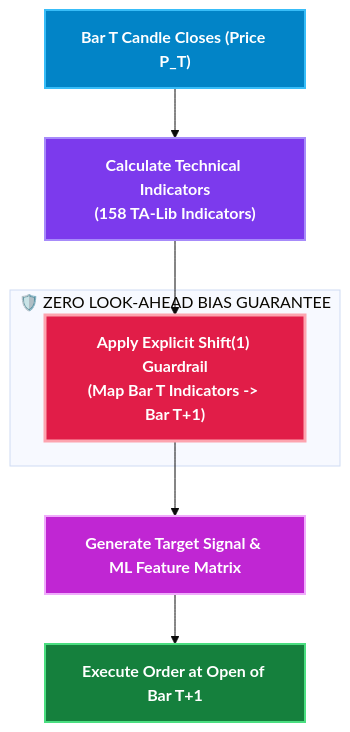
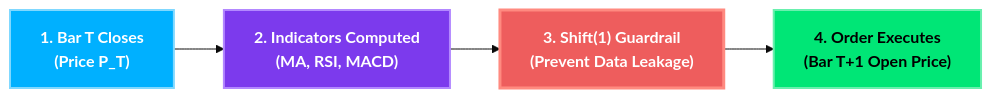
Before and after one commit to 21Afnan/cryptosight: the second of 3 diagrams in README.md, drawn with Mermaid (base theme). The commit also changed other lines of this file, not shown here.

````diff
--- a/README.md
+++ b/README.md
@@ -95,23 +127,16 @@
 ```mermaid
-flowchart TD
-    BarT["Bar T Candle Closes (Price P_T)"] --> Engine["Calculate Technical Indicators\n(158 TA-Lib Indicators)"]
-    Engine --> Guard["Apply Explicit Shift(1) Guardrail\n(Map Bar T Indicators -> Bar T+1)"]
-    Guard --> Signal["Generate Target Signal & ML Feature Matrix"]
-    Signal --> Order["Execute Order at Open of Bar T+1"]
+flowchart LR
+    A["1. Bar T Closes\n(Price P_T)"] --> B["2. Indicators Computed\n(MA, RSI, MACD)"]
+    B --> C["3. Shift(1) Guardrail\n(Prevent Data Leakage)"]
+    C --> D["4. Order Executes\n(Bar T+1 Open Price)"]
 
-    subgraph Protection["🛡️ ZERO LOOK-AHEAD BIAS GUARANTEE"]
-        Guard
-    end
+    classDef stepA fill:#00b0ff,stroke:#80d8ff,stroke-width:2px,color:#ffffff,font-weight:bold;
+    classDef stepB fill:#7c3aed,stroke:#b388ff,stroke-width:2px,color:#ffffff,font-weight:bold;
+    classDef stepC fill:#EE5D5D,stroke:#ff8a80,stroke-width:3px,color:#ffffff,font-weight:bold;
+    classDef stepD fill:#00E676,stroke:#69f0ae,stroke-width:2px,color:#000000,font-weight:bold;
 
-    classDef market fill:#0284c7,stroke:#38bdf8,stroke-width:2px,color:#ffffff,font-weight:bold;
-    classDef taEngine fill:#7c3aed,stroke:#a78bfa,stroke-width:2px,color:#ffffff,font-weight:bold;
-    classDef guard fill:#e11d48,stroke:#fda4af,stroke-width:3px,color:#ffffff,font-weight:bold;
-    classDef signal fill:#c026d3,stroke:#f0abfc,stroke-width:2px,color:#ffffff,font-weight:bold;
-    classDef exec fill:#15803d,stroke:#4ade80,stroke-width:2px,color:#ffffff,font-weight:bold;
-
-    class BarT market;
-    class Engine taEngine;
-    class Guard guard;
-    class Signal signal;
-    class Order exec;
+    class A stepA;
+    class B stepB;
+    class C stepC;
+    class D stepD;
 ```
````
